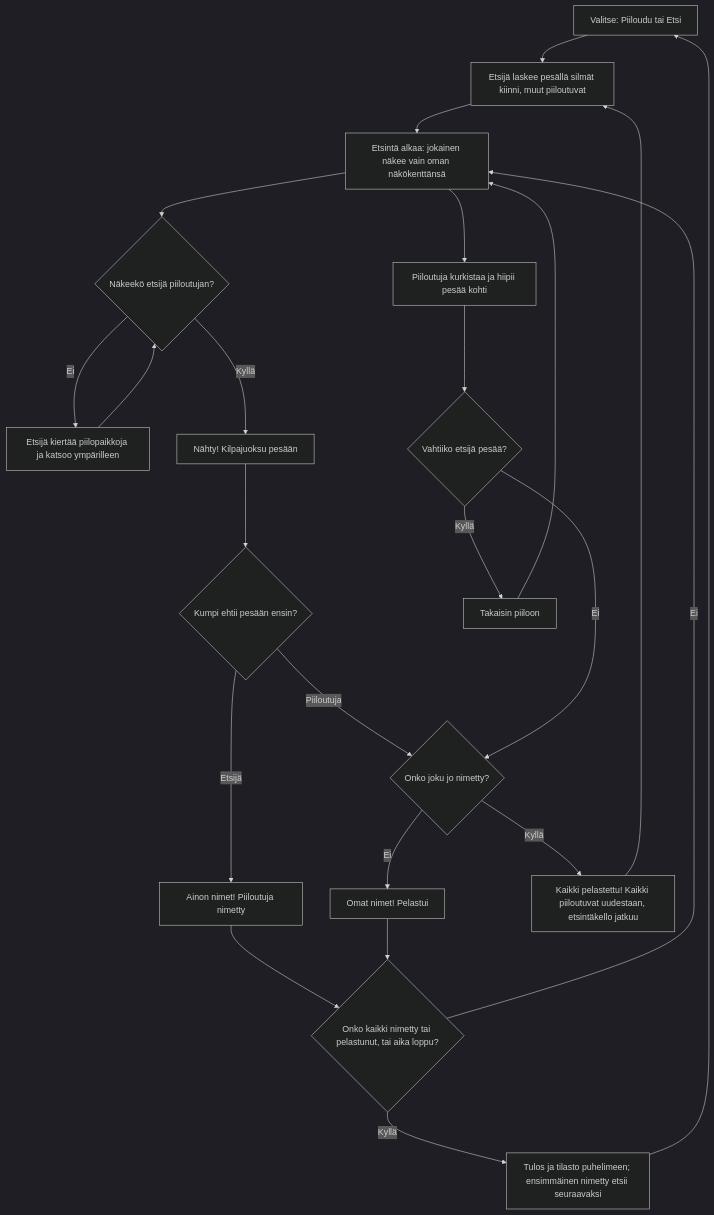
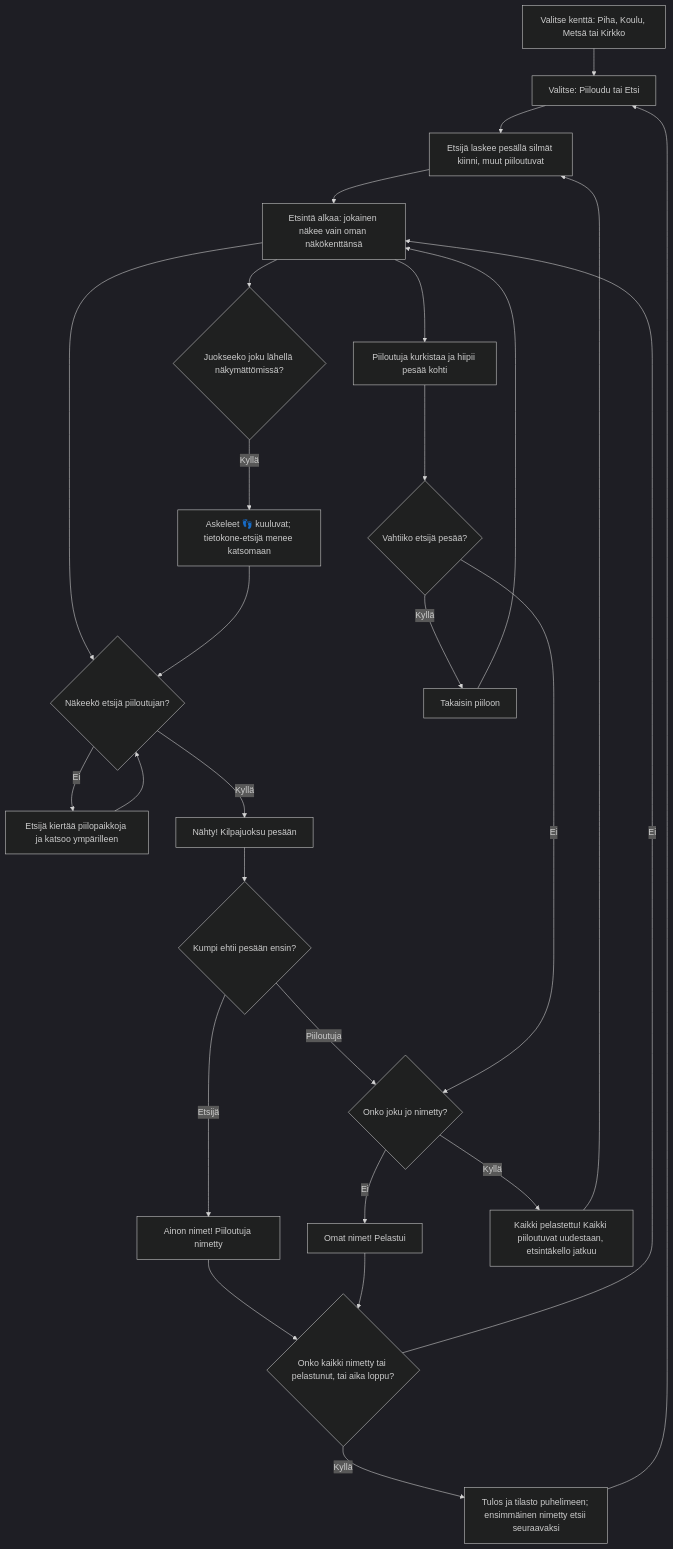
The diagram in docs/diagrams/kirkkis.md (eerovil/ai-pelit), drawn with Mermaid (dark theme) before and after one commit. The commit also changed other lines of this file and 4 other files, not shown here.

````diff
--- a/docs/diagrams/kirkkis.md
+++ b/docs/diagrams/kirkkis.md
@@ -11,31 +12,35 @@
 ```mermaid
 flowchart TD
+  K0[Valitse kenttä: Piha, Koulu, Metsä tai Kirkko] --> A
   A[Valitse: Piiloudu tai Etsi] --> B[Etsijä laskee pesällä silmät kiinni, muut piiloutuvat]
   B --> C[Etsintä alkaa: jokainen näkee vain oman näkökenttänsä]
   C --> D{Näkeekö etsijä piiloutujan?}
   D -- Ei --> E[Etsijä kiertää piilopaikkoja ja katsoo ympärilleen]
   E --> D
+  C --> S{Juokseeko joku lähellä näkymättömissä?}
+  S -- Kyllä --> T[Askeleet 👣 kuuluvat; tietokone-etsijä menee katsomaan]
+  T --> D
   D -- Kyllä --> F[Nähty! Kilpajuoksu pesään]
   F --> G{Kumpi ehtii pesään ensin?}
   G -- Etsijä --> H[Ainon nimet! Piiloutuja nimetty]
   G -- Piiloutuja --> P{Onko joku jo nimetty?}
   P -- Ei --> I[Omat nimet! Pelastui]
   P -- Kyllä --> Q[Kaikki pelastettu! Kaikki piiloutuvat uudestaan, etsintäkello jatkuu]
   Q --> B
   C --> J[Piiloutuja kurkistaa ja hiipii pesää kohti]
   J --> K{Vahtiiko etsijä pesää?}
   K -- Kyllä --> L[Takaisin piiloon]
   K -- Ei --> P
   L --> C
   H --> M{Onko kaikki nimetty tai pelastunut, tai aika loppu?}
   I --> M
   M -- Ei --> C
   M -- Kyllä --> N[Tulos ja tilasto puhelimeen; ensimmäinen nimetty etsii seuraavaksi]
   N --> A
-  class A,N blue
-  class D,G,K,M,P amber
+  class K0,A,N blue
+  class D,G,K,M,P,S amber
   class B,C,E violet
-  class F,J,L teal
+  class F,J,L,T teal
   class I,Q green
   class H rose
 ```
````
